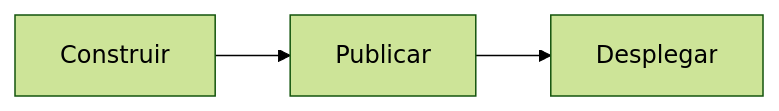
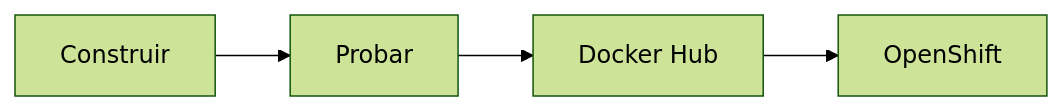
The third of 6 diagrams in docs/sesion1/1.8-practica-imagen-cluster-completo.md (ieftraining/curso-openshift), drawn with Mermaid (forest theme) before and after one commit. The commit also changed other lines of this file, not shown here.

````diff
--- a/docs/sesion1/1.8-practica-imagen-cluster-completo.md
+++ b/docs/sesion1/1.8-practica-imagen-cluster-completo.md
@@ -112,6 +200,7 @@
 ```mermaid
 flowchart LR
     A[Construir]
-    --> B[Publicar]
-    --> C[Desplegar]
+    --> B[Probar]
+    --> C[Docker Hub]
+    --> D[OpenShift]
 ```
````
